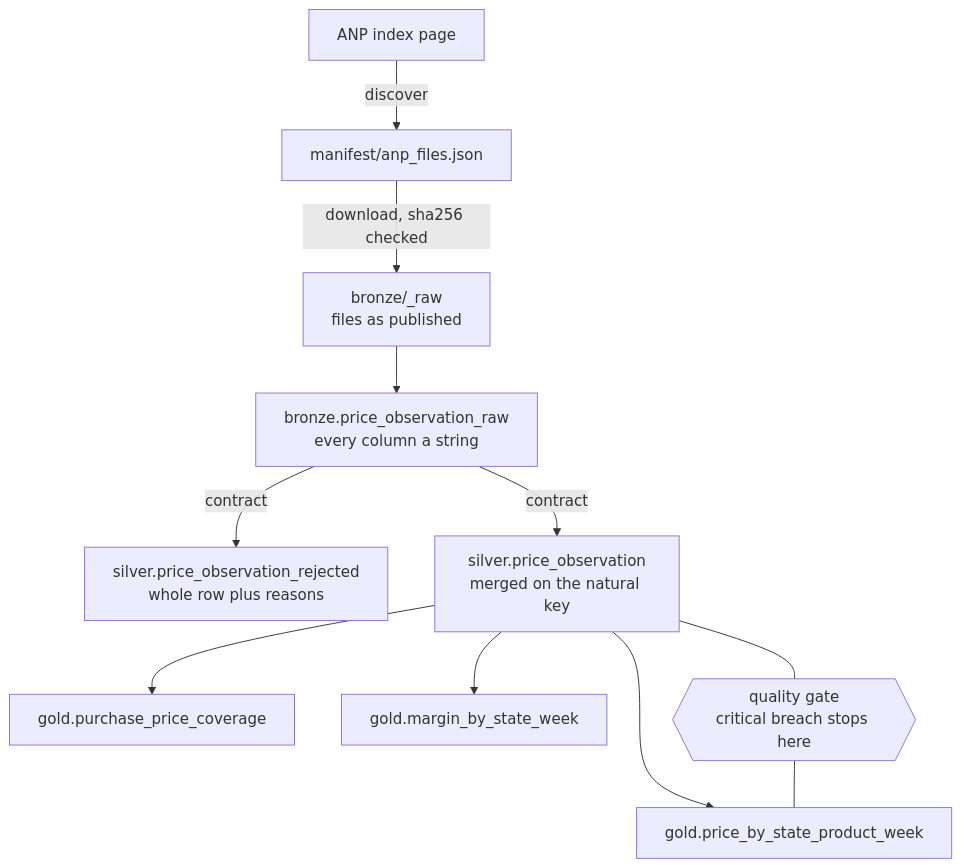
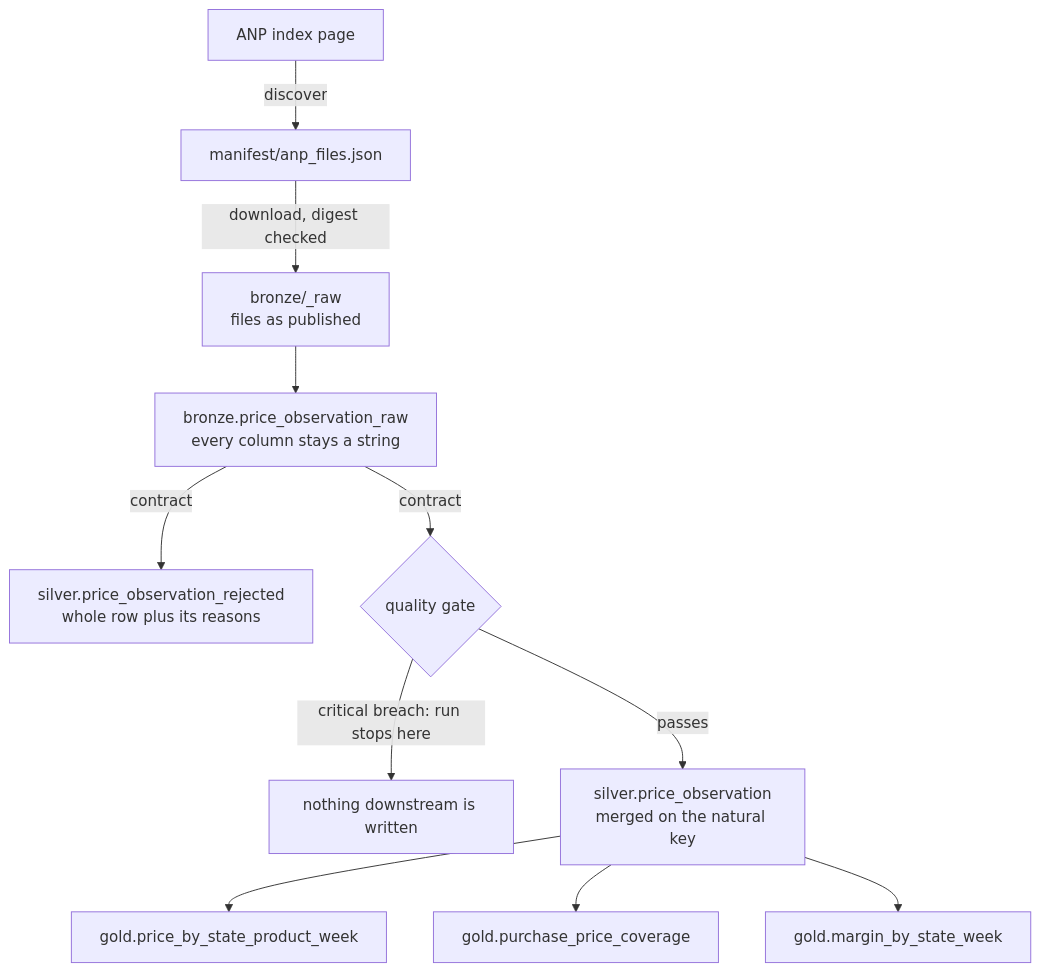
One commit to gnycholas/fuel-price-lakehouse changed the diagram in README.md. Above: the diagram before and after it, drawn with Mermaid. The commit also changed other lines of this file and 5 other files, not shown here.

````diff
--- a/README.md
+++ b/README.md
@@ -33,15 +33,13 @@
 ```mermaid
 flowchart TD
     A["ANP index page"] -->|discover| M["manifest/anp_files.json"]
-    M -->|download, sha256 checked| R["bronze/_raw<br/>files as published"]
-    R --> B["bronze.price_observation_raw<br/>every column a string"]
-    B -->|contract| Q["silver.price_observation_rejected<br/>whole row plus reasons"]
-    B -->|contract| S["silver.price_observation<br/>merged on the natural key"]
+    M -->|"download, digest checked"| R["bronze/_raw<br/>files as published"]
+    R --> B["bronze.price_observation_raw<br/>every column stays a string"]
+    B -->|contract| Q["silver.price_observation_rejected<br/>whole row plus its reasons"]
+    B -->|contract| GATE{"quality gate"}
+    GATE -->|"critical breach: run stops here"| X["nothing downstream is written"]
+    GATE -->|passes| S["silver.price_observation<br/>merged on the natural key"]
     S --> G1["gold.price_by_state_product_week"]
     S --> G2["gold.purchase_price_coverage"]
     S --> G3["gold.margin_by_state_week"]
-
-    GATE{{"quality gate<br/>critical breach stops here"}}
-    S --- GATE
-    GATE --- G1
 ```
````
